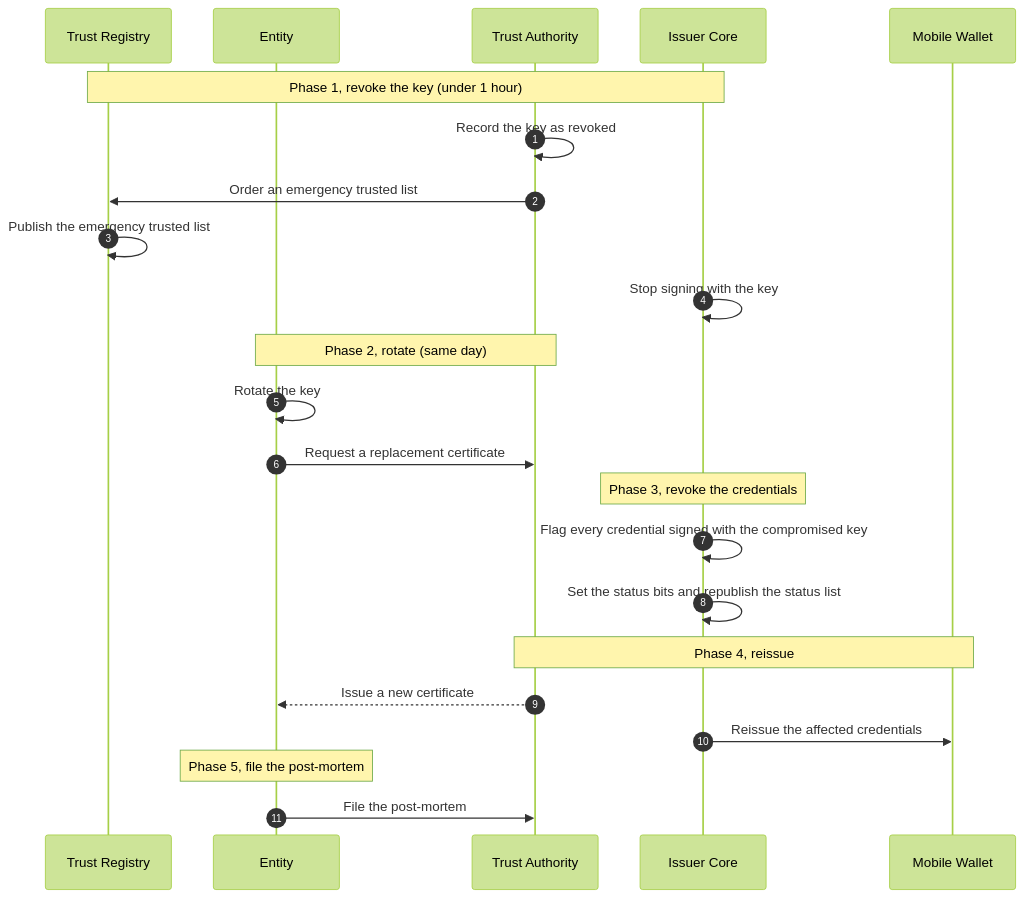
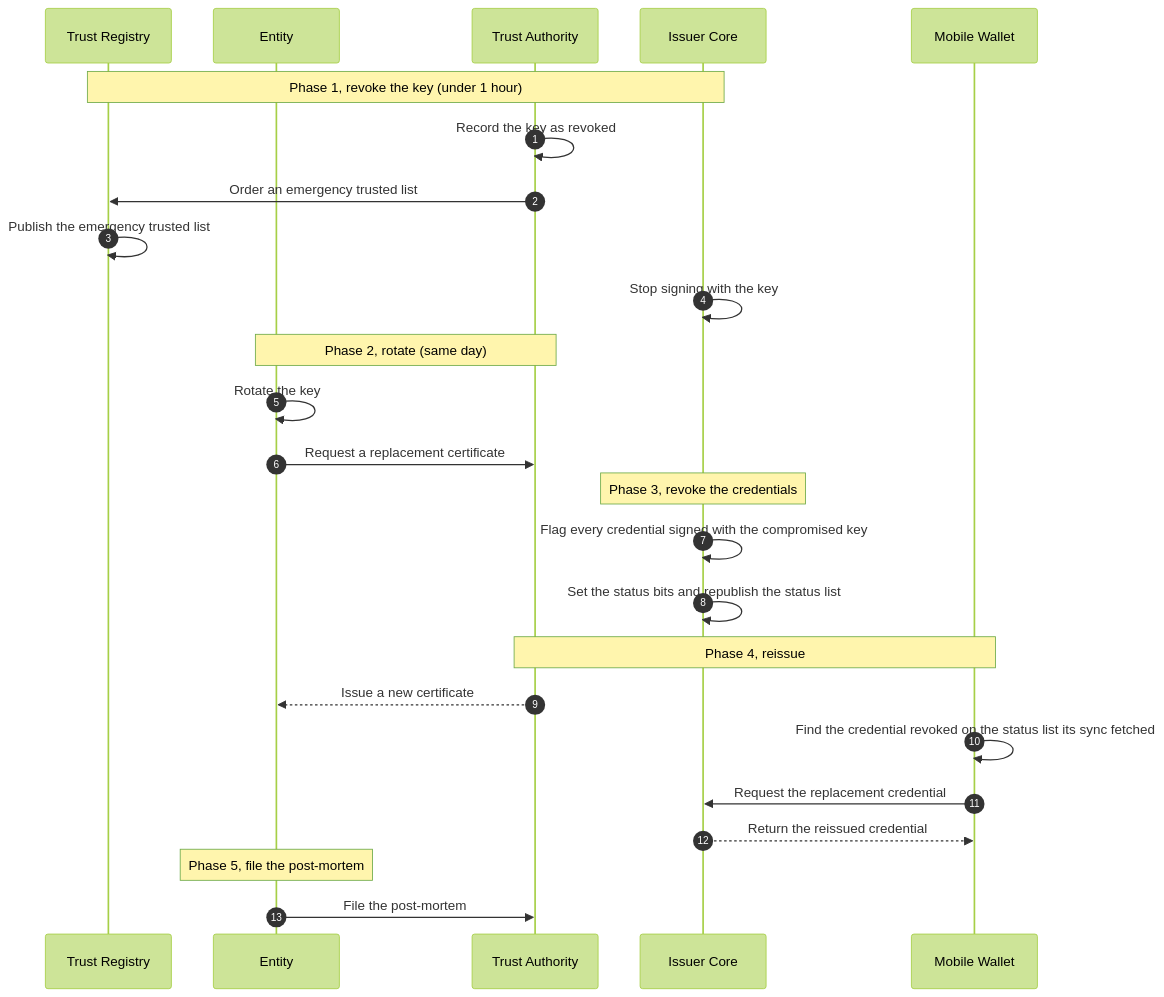
The fifth of 14 diagrams in docs/architecture-framework/high-level-architecture/flows-per-use-case.md (id-verifiable-credential-dev/id-doc-idctf), drawn with Mermaid (forest theme) before and after one commit. The commit also changed other lines of this file and 158 other files, not shown here.

````diff
--- a/docs/architecture-framework/high-level-architecture/flows-per-use-case.md
+++ b/docs/architecture-framework/high-level-architecture/flows-per-use-case.md
@@ -301,25 +312,27 @@
 ```mermaid
 sequenceDiagram
     autonumber
     participant TR as Trust Registry
     participant Ent as Entity
     participant TA as Trust Authority
     participant IC as Issuer Core
     participant MW as Mobile Wallet
     Note over TR,IC: Phase 1, revoke the key (under 1 hour)
     TA->>TA: Record the key as revoked
     TA->>TR: Order an emergency trusted list
     TR->>TR: Publish the emergency trusted list
     IC->>IC: Stop signing with the key
     Note over Ent,TA: Phase 2, rotate (same day)
     Ent->>Ent: Rotate the key
     Ent->>TA: Request a replacement certificate
     Note over IC: Phase 3, revoke the credentials
     IC->>IC: Flag every credential signed with the compromised key
     IC->>IC: Set the status bits and republish the status list
     Note over TA,MW: Phase 4, reissue
     TA-->>Ent: Issue a new certificate
-    IC->>MW: Reissue the affected credentials
+    MW->>MW: Find the credential revoked on the status list its sync fetched
+    MW->>IC: Request the replacement credential
+    IC-->>MW: Return the reissued credential
     Note over Ent: Phase 5, file the post-mortem
     Ent->>TA: File the post-mortem
 ```
````
